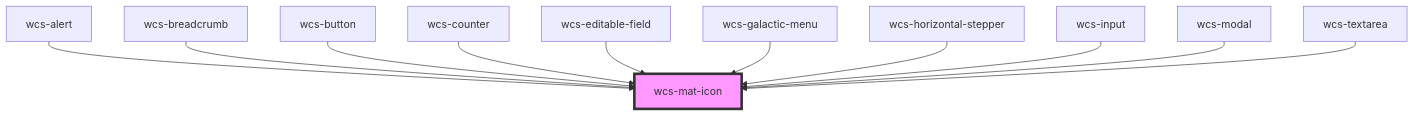
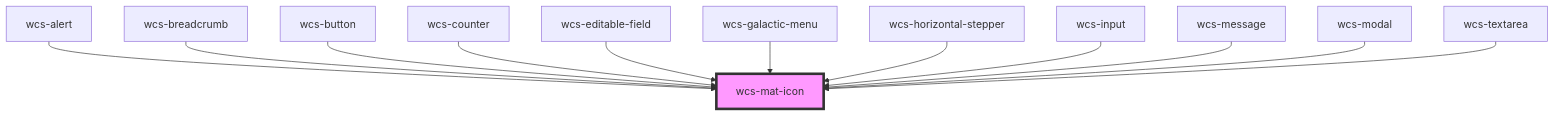
Before and after one commit to SNCFdevelopers/wcs: the diagram in src/components/mat-icon/readme.md, drawn with Mermaid. The commit also changed other lines of this file and 20 other files, not shown here.

````diff
--- a/src/components/mat-icon/readme.md
+++ b/src/components/mat-icon/readme.md
@@ -55,14 +56,15 @@
 ```mermaid
 graph TD;
   wcs-alert --> wcs-mat-icon
   wcs-breadcrumb --> wcs-mat-icon
   wcs-button --> wcs-mat-icon
   wcs-counter --> wcs-mat-icon
   wcs-editable-field --> wcs-mat-icon
   wcs-galactic-menu --> wcs-mat-icon
   wcs-horizontal-stepper --> wcs-mat-icon
   wcs-input --> wcs-mat-icon
+  wcs-message --> wcs-mat-icon
   wcs-modal --> wcs-mat-icon
   wcs-textarea --> wcs-mat-icon
   style wcs-mat-icon fill:#f9f,stroke:#333,stroke-width:4px
 ```
````
